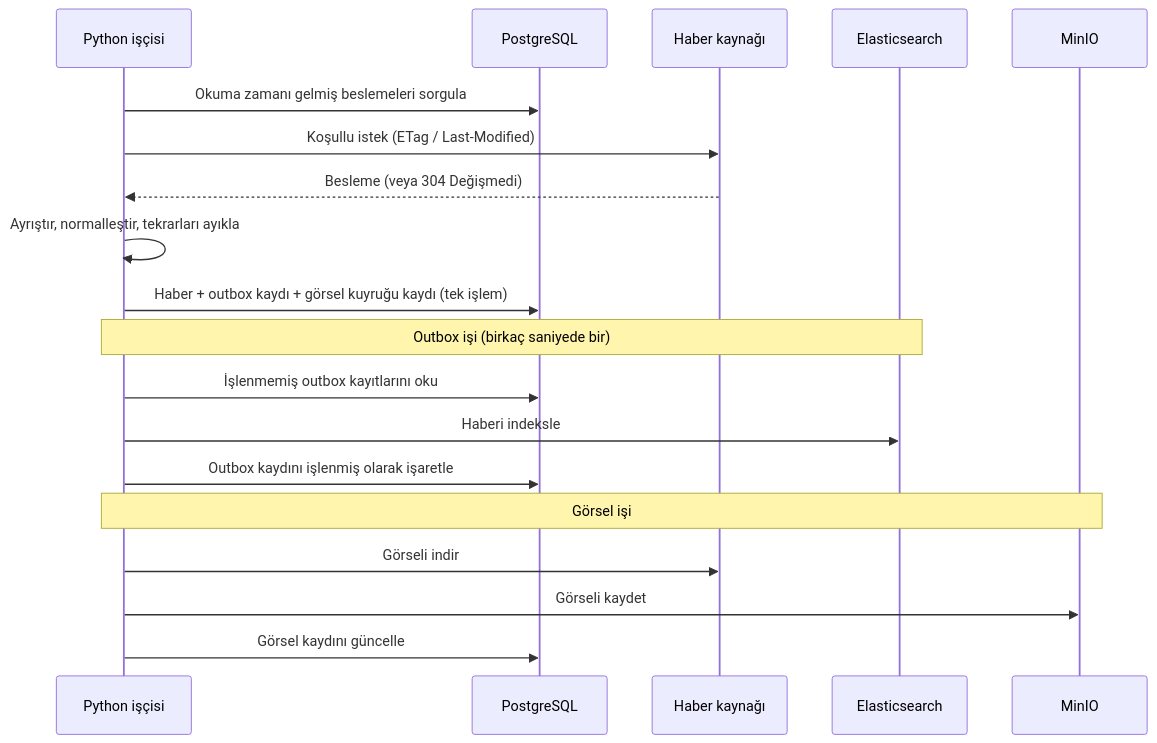
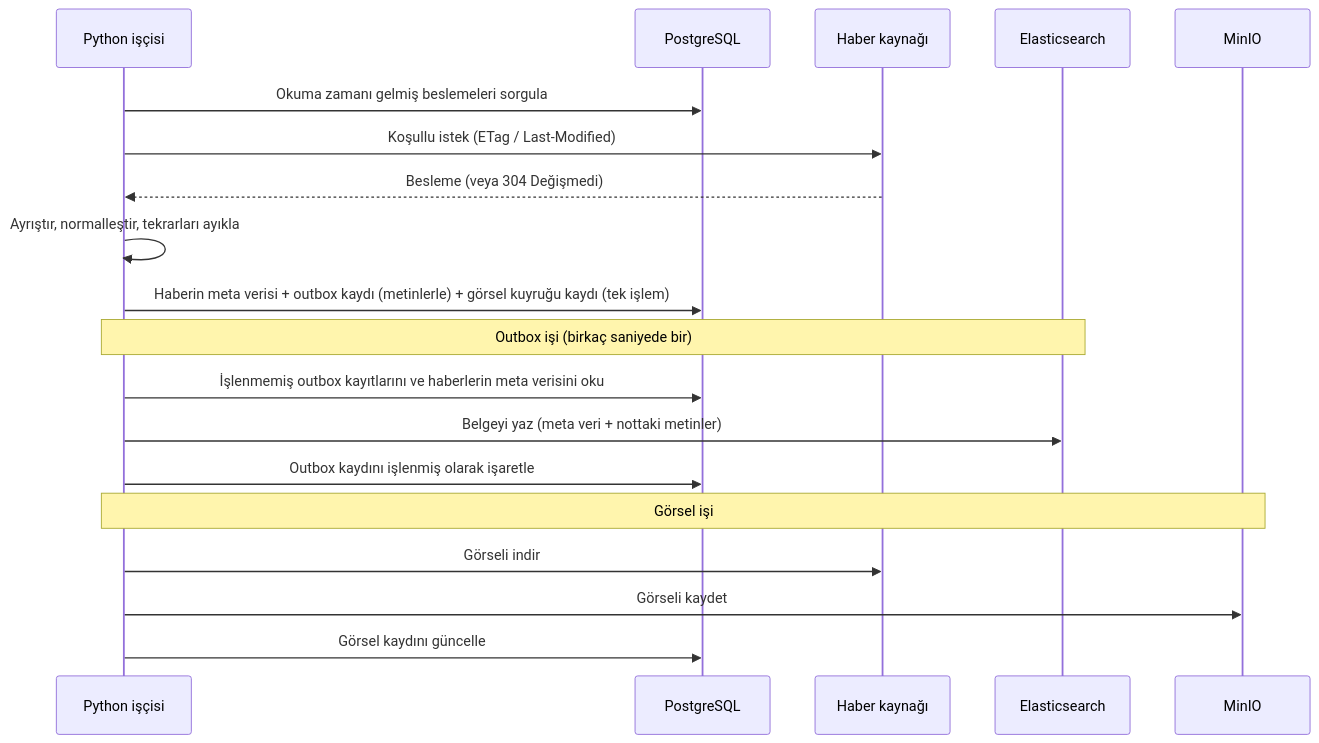
Before and after one commit to FallErdem/haber-arama-platformu: the fourth of 8 diagrams in docs/04-mimari.md, drawn with Mermaid. The commit also changed other lines of this file and 5 other files, not shown here.

````diff
--- a/docs/04-mimari.md
+++ b/docs/04-mimari.md
@@ -142,22 +142,22 @@
 ```mermaid
 sequenceDiagram
     participant T as Python işçisi
     participant PG as PostgreSQL
     participant K as Haber kaynağı
     participant ES as Elasticsearch
     participant M as MinIO
 
     T->>PG: Okuma zamanı gelmiş beslemeleri sorgula
     T->>K: Koşullu istek (ETag / Last-Modified)
     K-->>T: Besleme (veya 304 Değişmedi)
     T->>T: Ayrıştır, normalleştir, tekrarları ayıkla
-    T->>PG: Haber + outbox kaydı + görsel kuyruğu kaydı (tek işlem)
+    T->>PG: Haberin meta verisi + outbox kaydı (metinlerle) + görsel kuyruğu kaydı (tek işlem)
     Note over T,ES: Outbox işi (birkaç saniyede bir)
-    T->>PG: İşlenmemiş outbox kayıtlarını oku
-    T->>ES: Haberi indeksle
+    T->>PG: İşlenmemiş outbox kayıtlarını ve haberlerin meta verisini oku
+    T->>ES: Belgeyi yaz (meta veri + nottaki metinler)
     T->>PG: Outbox kaydını işlenmiş olarak işaretle
     Note over T,M: Görsel işi
     T->>K: Görseli indir
     T->>M: Görseli kaydet
     T->>PG: Görsel kaydını güncelle
 ```
````
